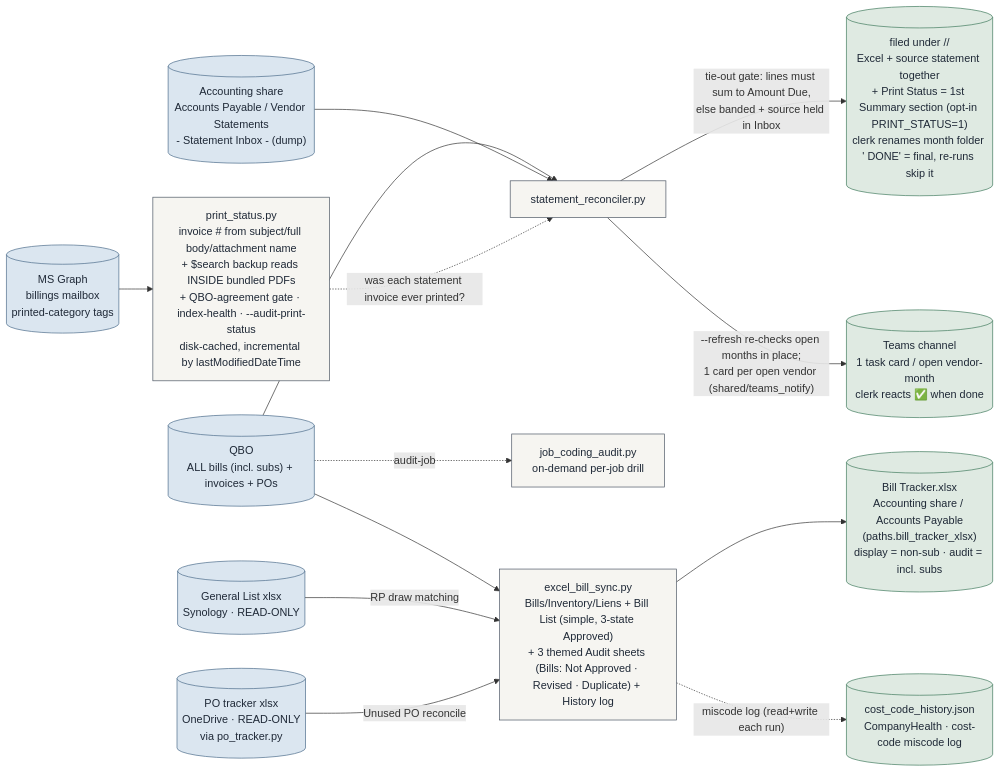
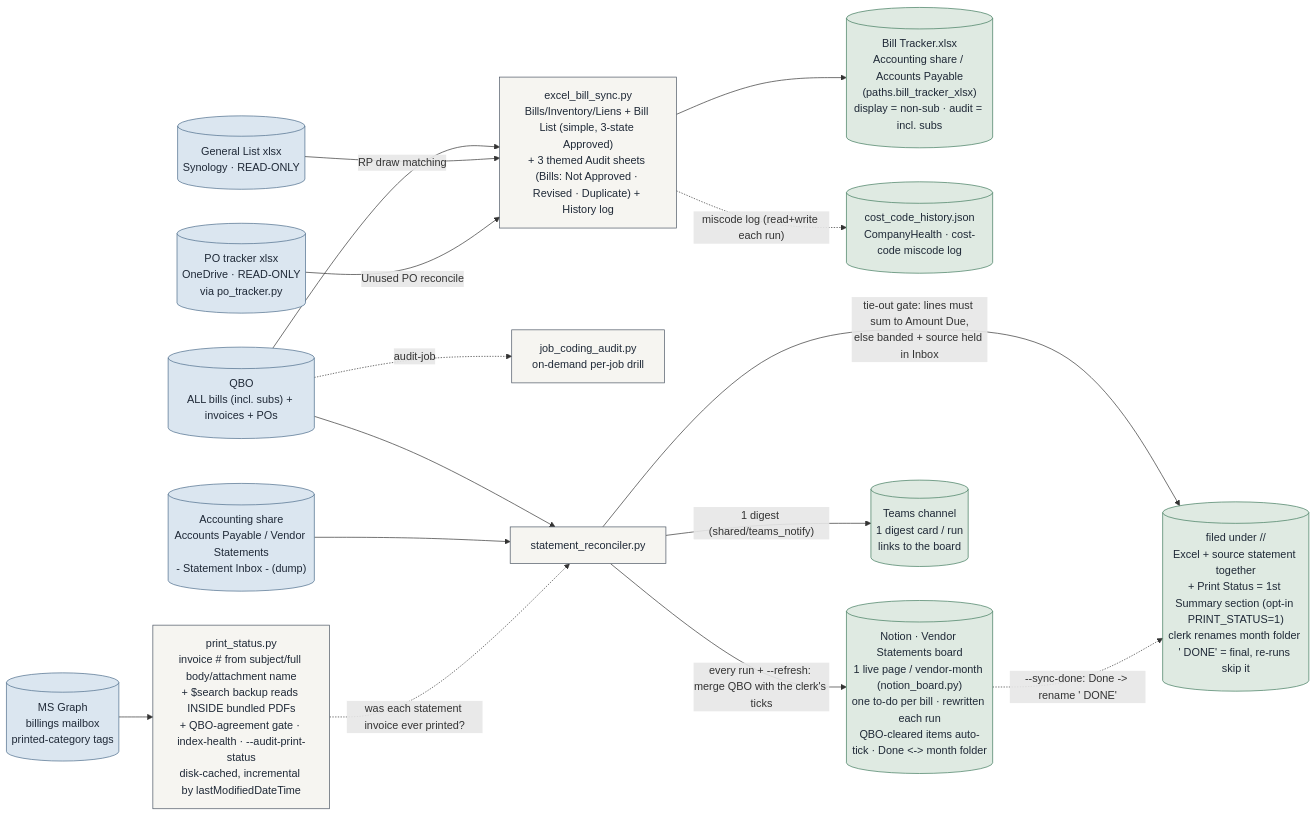
Before and after one commit to Ecarlo-Proficient/Claude-Report: the third of 7 diagrams in docs/ARCHITECTURE.md, drawn with Mermaid. The commit also changed 9 other files, not shown here.

First line of the commit message:
statement-reconciler: simplify the Notion board after review

````diff
--- a/docs/ARCHITECTURE.md
+++ b/docs/ARCHITECTURE.md
@@ -259,30 +259,33 @@
 ```mermaid
 flowchart LR
     classDef src fill:#dbe6f0,stroke:#4A6B8A,color:#1f2937
     classDef tool fill:#f6f5f1,stroke:#4b5563,color:#1f2937
     classDef out fill:#dfeae2,stroke:#3E7A5C,color:#1f2937
 
     QBO[("QBO\nALL bills (incl. subs) + invoices + POs")]:::src
     NAS[("Accounting share\nAccounts Payable / Vendor Statements\n- Statement Inbox - (dump)")]:::src
     GL[("General List xlsx\nSynology · READ-ONLY")]:::src
     POT[("PO tracker xlsx\nOneDrive · READ-ONLY\nvia po_tracker.py")]:::src
     MBX[("MS Graph\nbillings mailbox\nprinted-category tags")]:::src
     BT["excel_bill_sync.py\nBills/Inventory/Liens + Bill List (simple, 3-state Approved)\n+ 3 themed Audit sheets (Bills: Not Approved · Revised · Duplicate) + History log"]:::tool
     JCA["job_coding_audit.py\non-demand per-job drill"]:::tool
     SR["statement_reconciler.py"]:::tool
     PS["print_status.py\ninvoice # from subject/full body/attachment name\n+ $search backup reads INSIDE bundled PDFs\n+ QBO-agreement gate · index-health · --audit-print-status\ndisk-cached, incremental by lastModifiedDateTime"]:::tool
     BX[("Bill Tracker.xlsx\nAccounting share / Accounts Payable\n(paths.bill_tracker_xlsx)\ndisplay = non-sub · audit = incl. subs")]:::out
     CCH[("cost_code_history.json\nCompanyHealth · cost-code miscode log")]:::out
     RX[("filed under <Vendor>/<MM-YYYY>/\nExcel + source statement together\n+ Print Status = 1st Summary section (opt-in PRINT_STATUS=1)\nclerk renames month folder '<MM-YYYY> DONE' = final, re-runs skip it")]:::out
-    TEAMS[("Teams channel\n1 task card / open vendor-month\nclerk reacts ✅ when done")]:::out
+    NB[("Notion · Vendor Statements board\n1 live page / vendor-month (notion_board.py)\none to-do per bill · rewritten each run\nQBO-cleared items auto-tick · Done <-> month folder")]:::out
+    TEAMS[("Teams channel\n1 digest card / run\nlinks to the board")]:::out
 
     QBO --> BT --> BX
     BT -. "miscode log (read+write each run)" .-> CCH
     QBO -. "audit-job" .-> JCA
     GL -- "RP draw matching" --> BT
     POT -- "Unused PO reconcile" --> BT
     QBO --> SR
     NAS --> SR -- "tie-out gate: lines must sum to Amount Due,\nelse banded + source held in Inbox" --> RX
-    SR -- "--refresh re-checks open months in place;\n1 card per open vendor (shared/teams_notify)" --> TEAMS
+    SR -- "every run + --refresh: merge QBO with the clerk's ticks" --> NB
+    SR -- "1 digest (shared/teams_notify)" --> TEAMS
+    NB -. "--sync-done: Done -> rename '<MM-YYYY> DONE'" .-> RX
     MBX --> PS -. "was each statement invoice ever printed?" .-> SR
 ```
````
